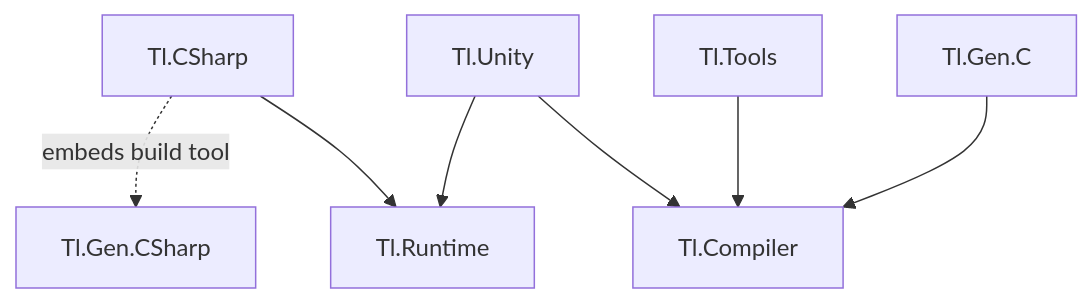
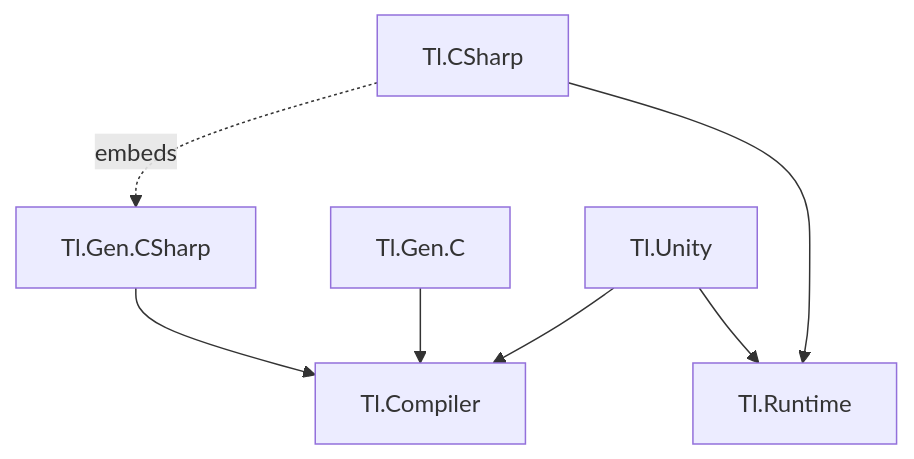
One commit to IAFahim/tl changed the second of 3 diagrams in docs/architecture.md. Above: the diagram before and after it, drawn with Mermaid. The commit also changed other lines of this file and 3 other files, not shown here.

````diff
--- a/docs/architecture.md
+++ b/docs/architecture.md
@@ -25,16 +32,15 @@
 ```mermaid
 flowchart TD
     Runtime[Tl.Runtime]
     Compiler[Tl.Compiler]
-    Meta[Tl.CSharp]
     CSharp[Tl.Gen.CSharp]
+    Install[Tl.CSharp]
     C[Tl.Gen.C]
     Unity[Tl.Unity]
-    Tools[Tl.Tools]
-    Meta --> Runtime
-    Meta -. embeds build tool .-> CSharp
+    CSharp --> Compiler
+    Install --> Runtime
+    Install -. embeds .-> CSharp
     C --> Compiler
+    Unity --> Runtime
     Unity --> Compiler
-    Unity --> Runtime
-    Tools --> Compiler
 ```
````
